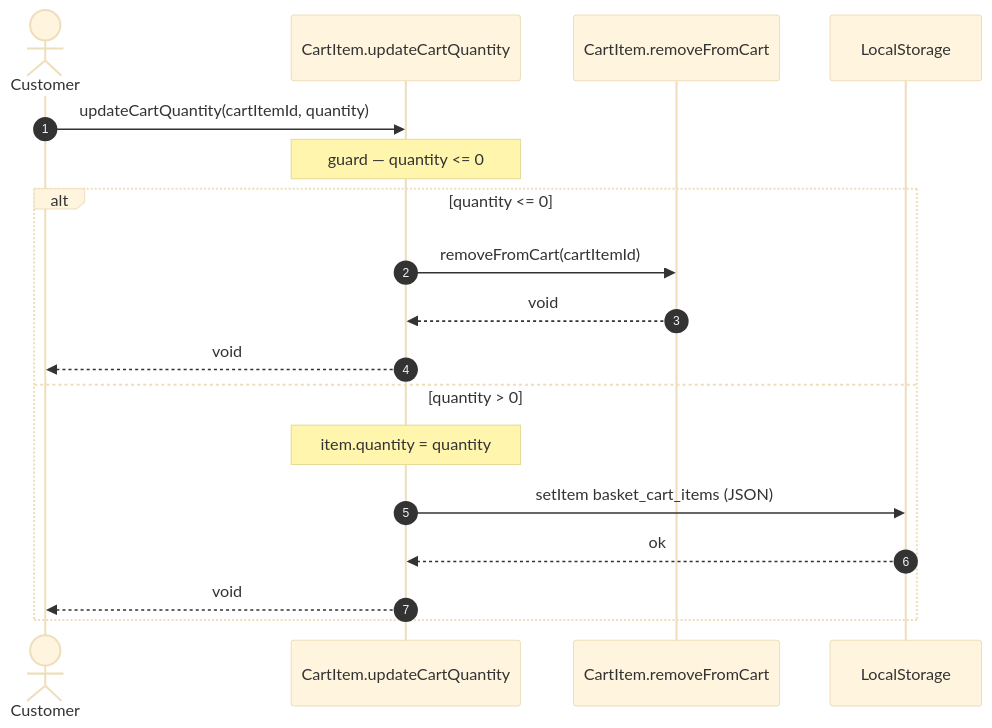
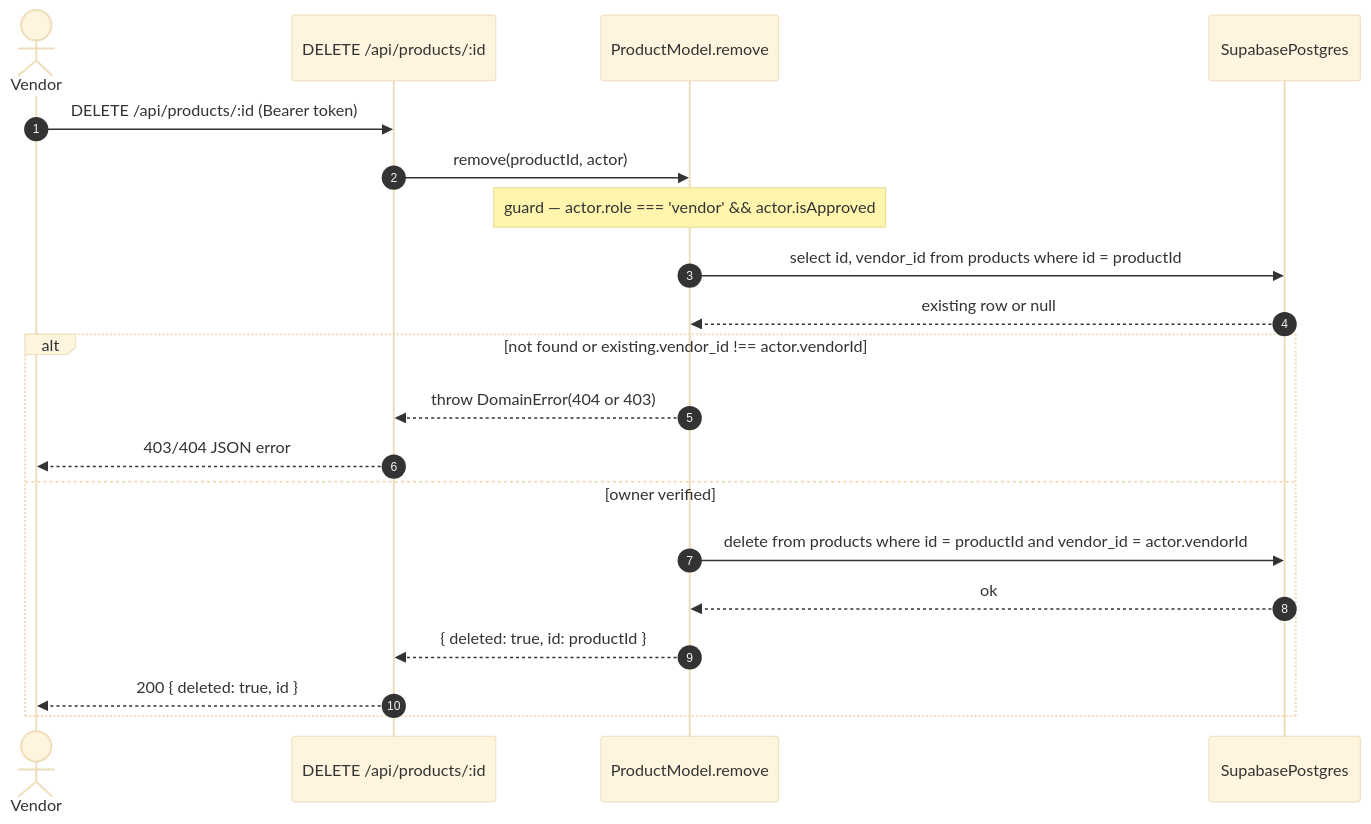
One commit to nroc6/CP317B-Project-Group1 changed the sixth of 13 diagrams in docs/SPECIFICATION.MD. Above: the diagram before and after it, drawn with Mermaid (base theme). The commit also changed other lines of this file and 28 other files, not shown here.

````diff
--- a/docs/SPECIFICATION.MD
+++ b/docs/SPECIFICATION.MD
@@ -279,21 +243,23 @@
 ```mermaid
 sequenceDiagram
     autonumber
-    actor C as Customer
-    participant CartItem.updateCartQuantity
-    participant CartItem.removeFromCart
-    participant DB as LocalStorage
+    actor V as Vendor
+    participant API as DELETE /api/products/:id
+    participant M as ProductModel.remove
+    participant DB as SupabasePostgres
 
-    C->>CartItem.updateCartQuantity: updateCartQuantity(cartItemId, quantity)
-    Note over CartItem.updateCartQuantity: guard — quantity <= 0
-    alt quantity <= 0
-        CartItem.updateCartQuantity->>CartItem.removeFromCart: removeFromCart(cartItemId)
-        CartItem.removeFromCart-->>CartItem.updateCartQuantity: void
-        CartItem.updateCartQuantity-->>C: void
-    else quantity > 0
-        Note over CartItem.updateCartQuantity: item.quantity = quantity
-        CartItem.updateCartQuantity->>DB: setItem basket_cart_items (JSON)
-        DB-->>CartItem.updateCartQuantity: ok
-        CartItem.updateCartQuantity-->>C: void
+    V->>API: DELETE /api/products/:id (Bearer token)
+    API->>M: remove(productId, actor)
+    Note over M: guard — actor.role === 'vendor' && actor.isApproved
+    M->>DB: select id, vendor_id from products where id = productId
+    DB-->>M: existing row or null
+    alt not found or existing.vendor_id !== actor.vendorId
+        M-->>API: throw DomainError(404 or 403)
+        API-->>V: 403/404 JSON error
+    else owner verified
+        M->>DB: delete from products where id = productId and vendor_id = actor.vendorId
+        DB-->>M: ok
+        M-->>API: { deleted: true, id: productId }
+        API-->>V: 200 { deleted: true, id }
     end
 ```
````
